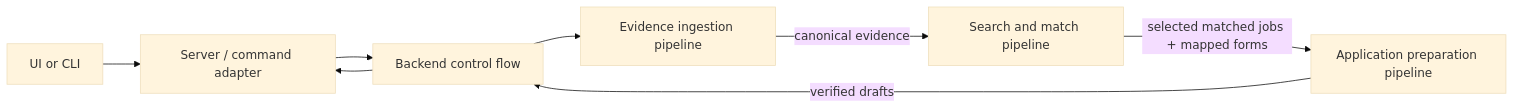
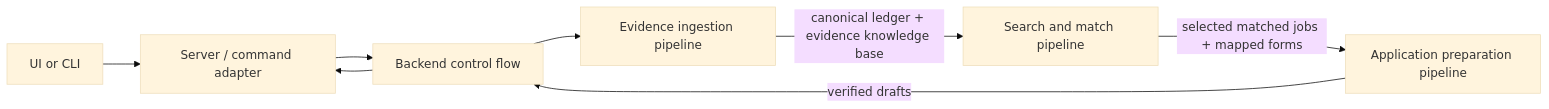
Before and after one commit to stanieltron/rolegain: the diagram in docs/architecture.md, drawn with Mermaid (base theme). The commit also changed other lines of this file and 116 other files, not shown here.

````diff
--- a/docs/architecture.md
+++ b/docs/architecture.md
@@ -8,10 +8,10 @@
 ```mermaid
 flowchart LR
     UI["UI or CLI"] --> S["Server / command adapter"]
     S --> C["Backend control flow"]
     C --> E["Evidence ingestion pipeline"]
-    E -->|"canonical evidence"| M["Search and match pipeline"]
+    E -->|"canonical ledger + evidence knowledge base"| M["Search and match pipeline"]
     M -->|"selected matched jobs + mapped forms"| A["Application preparation pipeline"]
     A -->|"verified drafts"| C
     C --> S
 ```
````
